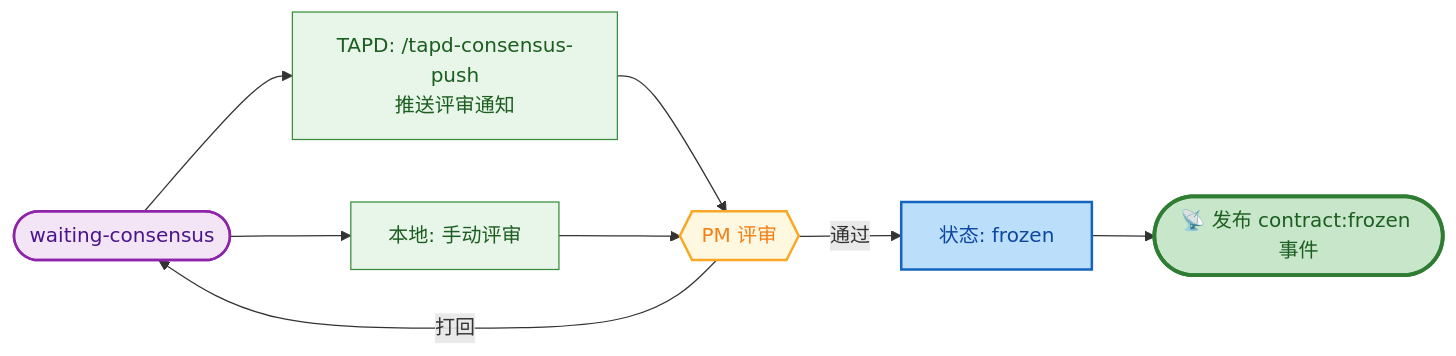
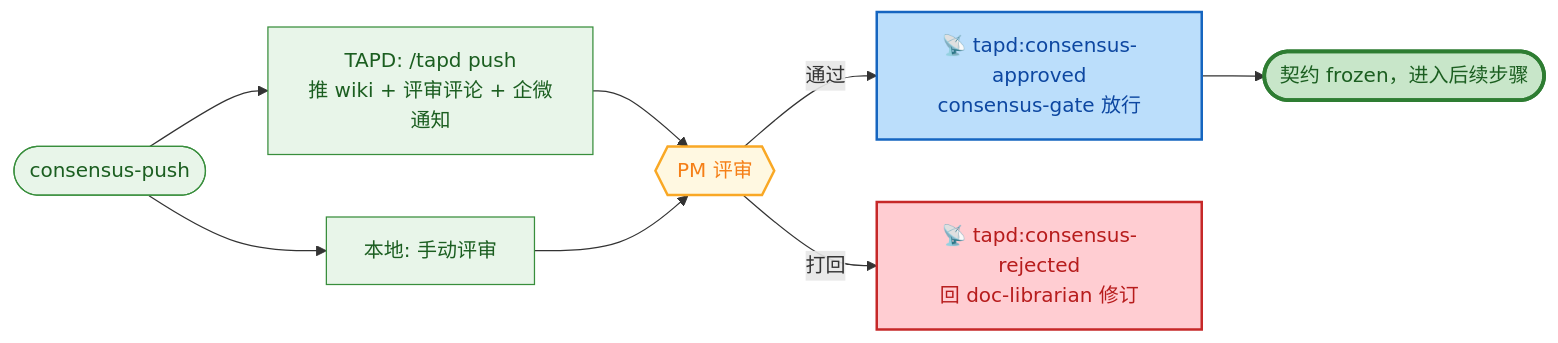
The seventh of 14 diagrams in README.md (dd-xiaozhi/dev-agent-flow), drawn with Mermaid before and after one commit. The commit also changed other lines of this file and 2 other files, not shown here.

Commit message:
docs: README 全量刷新对齐当前实现(arbiter+registry+19步tapd-full+23事件+hooks) + doc-librarian/notify 规则微调

````diff
--- a/README.md
+++ b/README.md
@@ -271,21 +279,22 @@
 ```mermaid
 flowchart LR
-    A([waiting-consensus]):::gate --> B1["TAPD: /tapd-consensus-push<br/>推送评审通知"]
+    A([consensus-push]):::action --> B1["TAPD: /tapd push<br/>推 wiki + 评审评论 + 企微通知"]
     A --> B2["本地: 手动评审"]
     B1 & B2 --> C{{"PM 评审"}}
-    C -->|通过| D[状态: frozen]
-    C -->|打回| A
-    D --> E([📡 发布 contract:frozen 事件])
+    C -->|通过| D["📡 tapd:consensus-approved<br/>consensus-gate 放行"]
+    C -->|打回| E["📡 tapd:consensus-rejected<br/>回 doc-librarian 修订"]
+    D --> F([契约 frozen，进入后续步骤])
 
-    classDef gate fill:#f3e5f5,stroke:#8e24aa,stroke-width:2px,color:#4a148c
     classDef action fill:#e8f5e9,stroke:#388e3c,stroke-width:1px,color:#1b5e20
     classDef decision fill:#fff8e1,stroke:#f9a825,stroke-width:2px,color:#f57f17
-    classDef frozen fill:#bbdefb,stroke:#1565c0,stroke-width:2px,color:#0d47a1
-    classDef event fill:#c8e6c9,stroke:#2e7d32,stroke-width:3px,color:#1b5e20
+    classDef event fill:#bbdefb,stroke:#1565c0,stroke-width:2px,color:#0d47a1
+    classDef reject fill:#ffcdd2,stroke:#c62828,stroke-width:2px,color:#b71c1c
+    classDef done fill:#c8e6c9,stroke:#2e7d32,stroke-width:3px,color:#1b5e20
 
-    class A gate
+    class A action
     class B1,B2 action
     class C decision
-    class D frozen
-    class E event
+    class D event
+    class E reject
+    class F done
 ```
````
